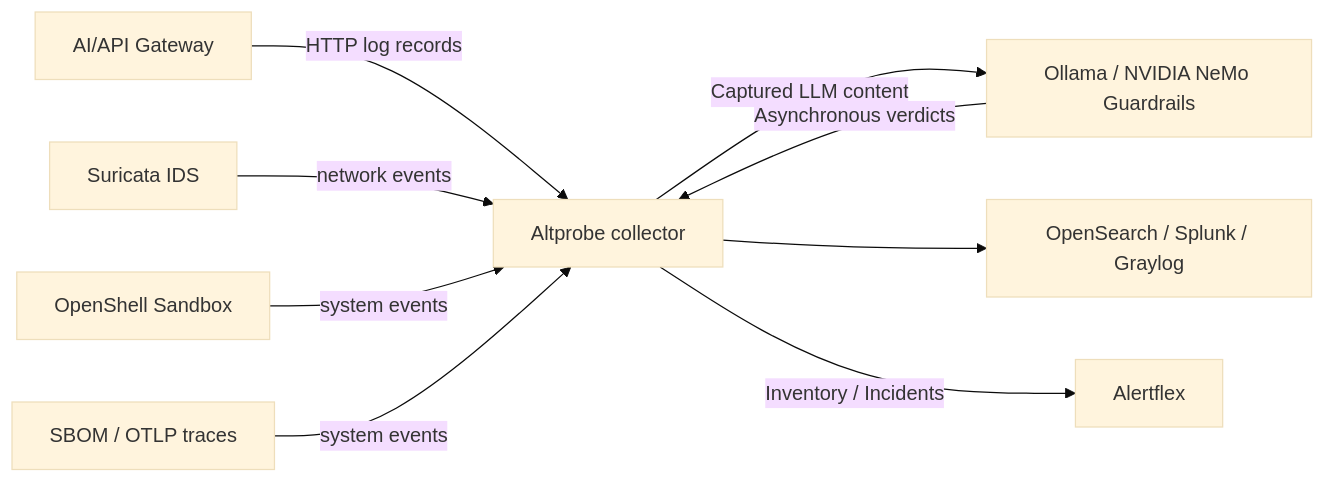
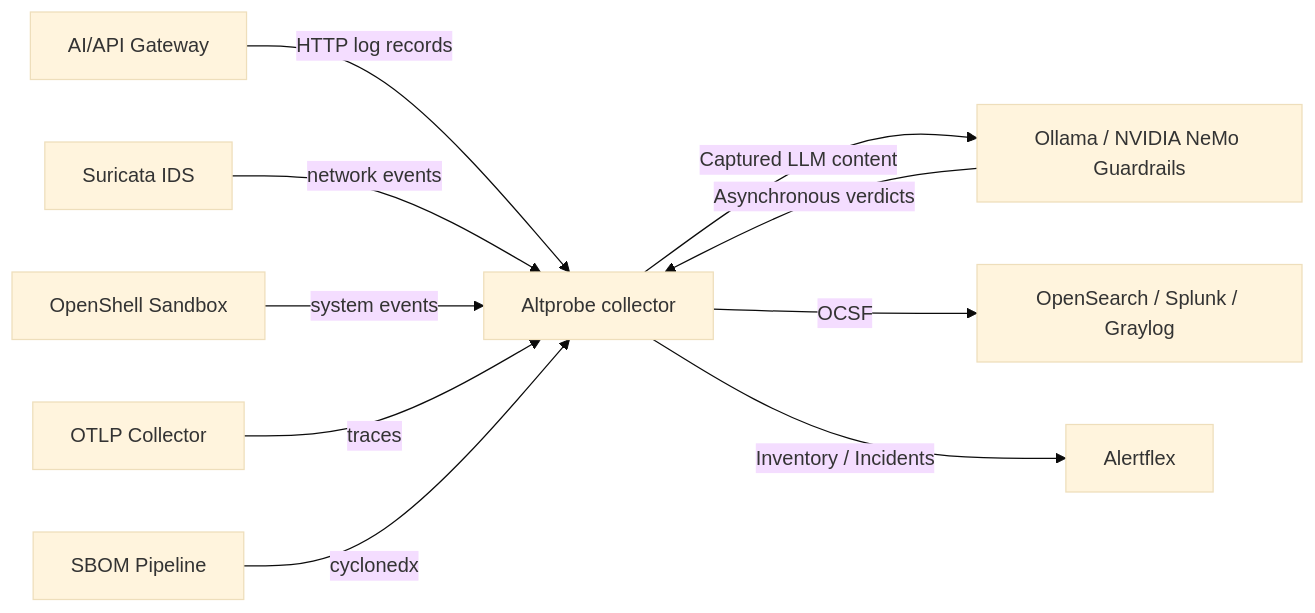
One commit to olegzhr/altprobe changed the diagram in README.md. Above: the diagram before and after it, drawn with Mermaid (base theme). The commit also changed other lines of this file, not shown here.

Commit message:
Revise README badges and flowchart details
Updated badge links and added new flowchart elements for OTLP and SBOM.

````diff
--- a/README.md
+++ b/README.md
@@ -49,11 +49,12 @@
 ```mermaid
 flowchart LR
     G[AI/API Gateway] -->|HTTP log records| A[Altprobe collector]
     N[Suricata IDS] -->|network events| A[Altprobe collector]
     H[OpenShell Sandbox] -->|system events| A[Altprobe collector]
-    S[SBOM / OTLP traces] -->|system events| A[Altprobe collector]
+    OTLP[OTLP Collector] -->|traces| A[Altprobe collector]
+    SBOM[SBOM Pipeline] -->|cyclonedx| A[Altprobe collector]
     A -->|Captured LLM content| L[Ollama / NVIDIA NeMo Guardrails]
     L -->|Asynchronous verdicts| A
-    A --> O[OpenSearch / Splunk / Graylog]
+    A -->|OCSF| O[OpenSearch / Splunk / Graylog]
     A -->|Inventory / Incidents| C[Alertflex]
 ```
````
